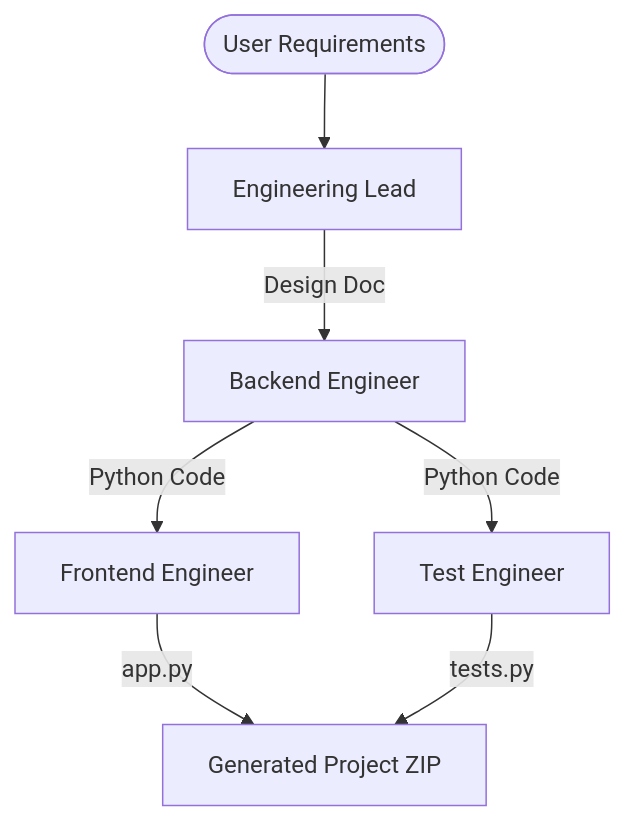
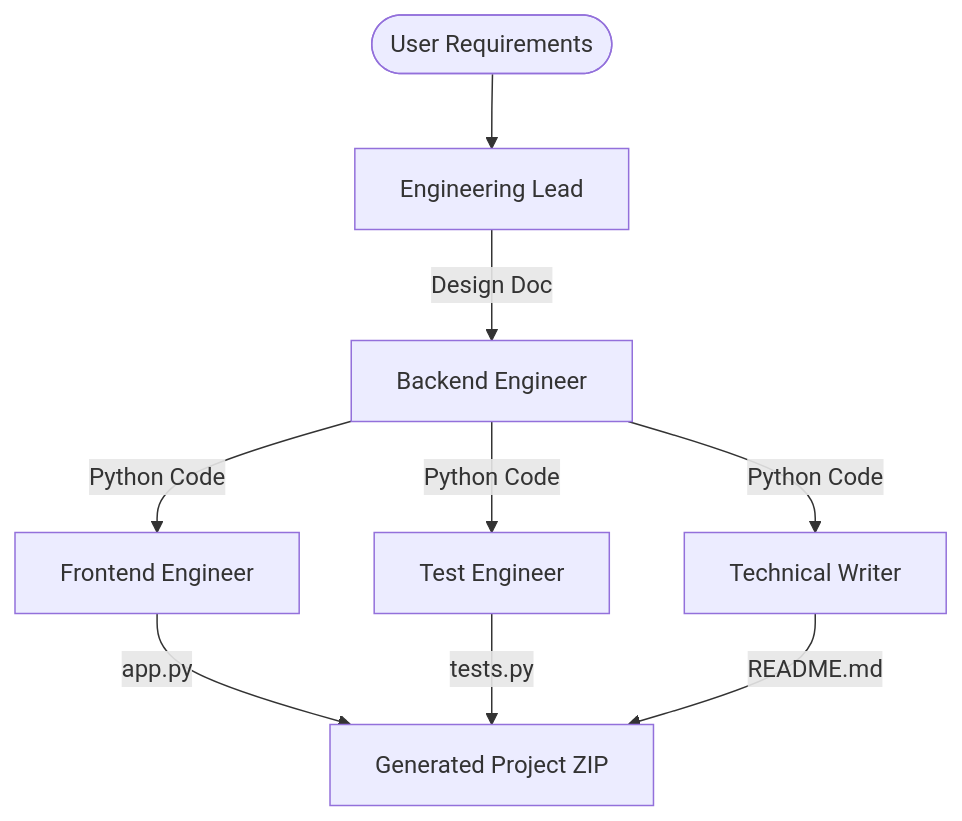
The diagram in README.md (Samrude1/ai-engineering-team), drawn with Mermaid before and after one commit. The commit also changed other lines of this file and 2 other files, not shown here.

````diff
--- a/README.md
+++ b/README.md
@@ -48,9 +49,11 @@
 ```mermaid
 graph TD
     User([User Requirements]) --> Lead[Engineering Lead]
     Lead -->|Design Doc| Backend[Backend Engineer]
     Backend -->|Python Code| Frontend[Frontend Engineer]
     Backend -->|Python Code| QA[Test Engineer]
+    Backend -->|Python Code| Doc[Technical Writer]
     Frontend -->|app.py| Output[Generated Project ZIP]
     QA -->|tests.py| Output
+    Doc -->|README.md| Output
 ```
````
